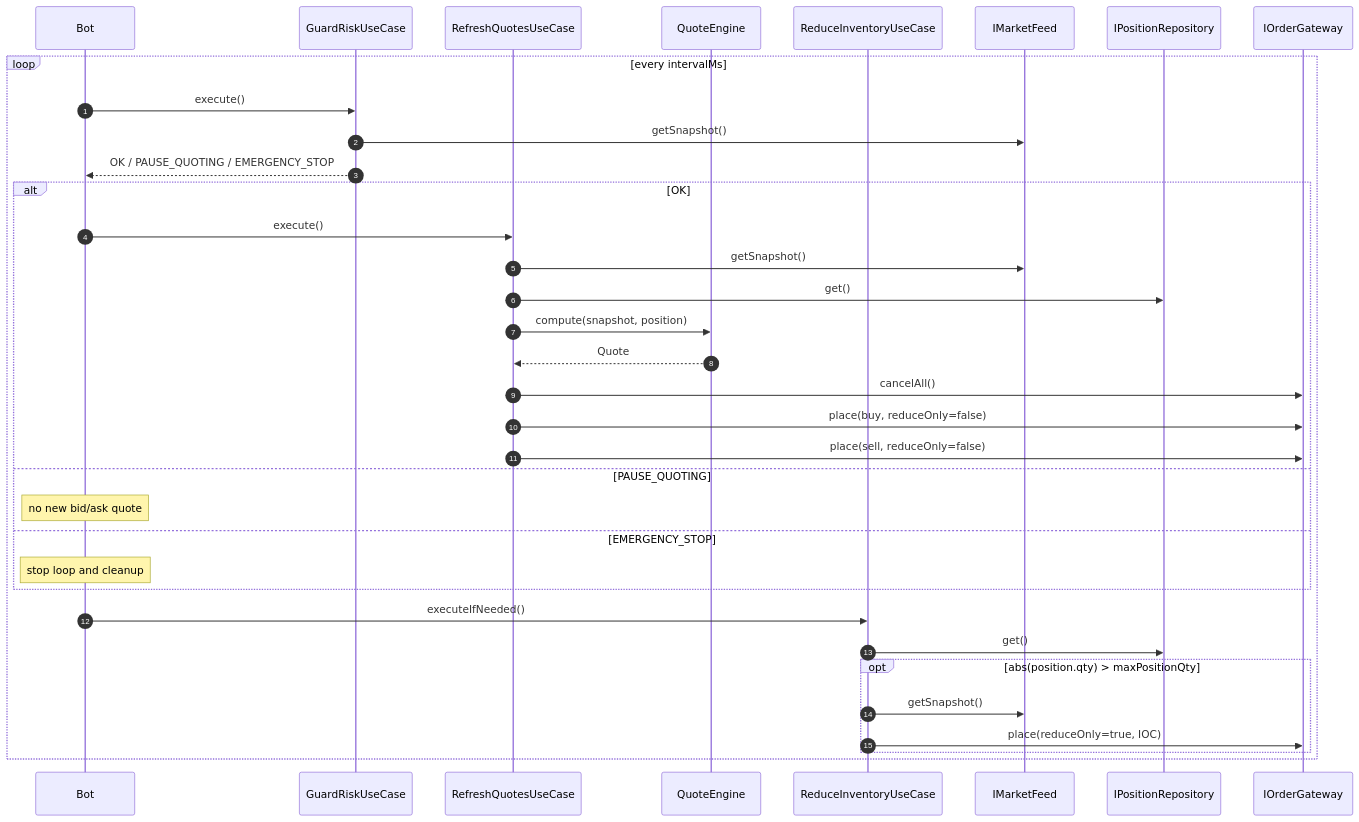
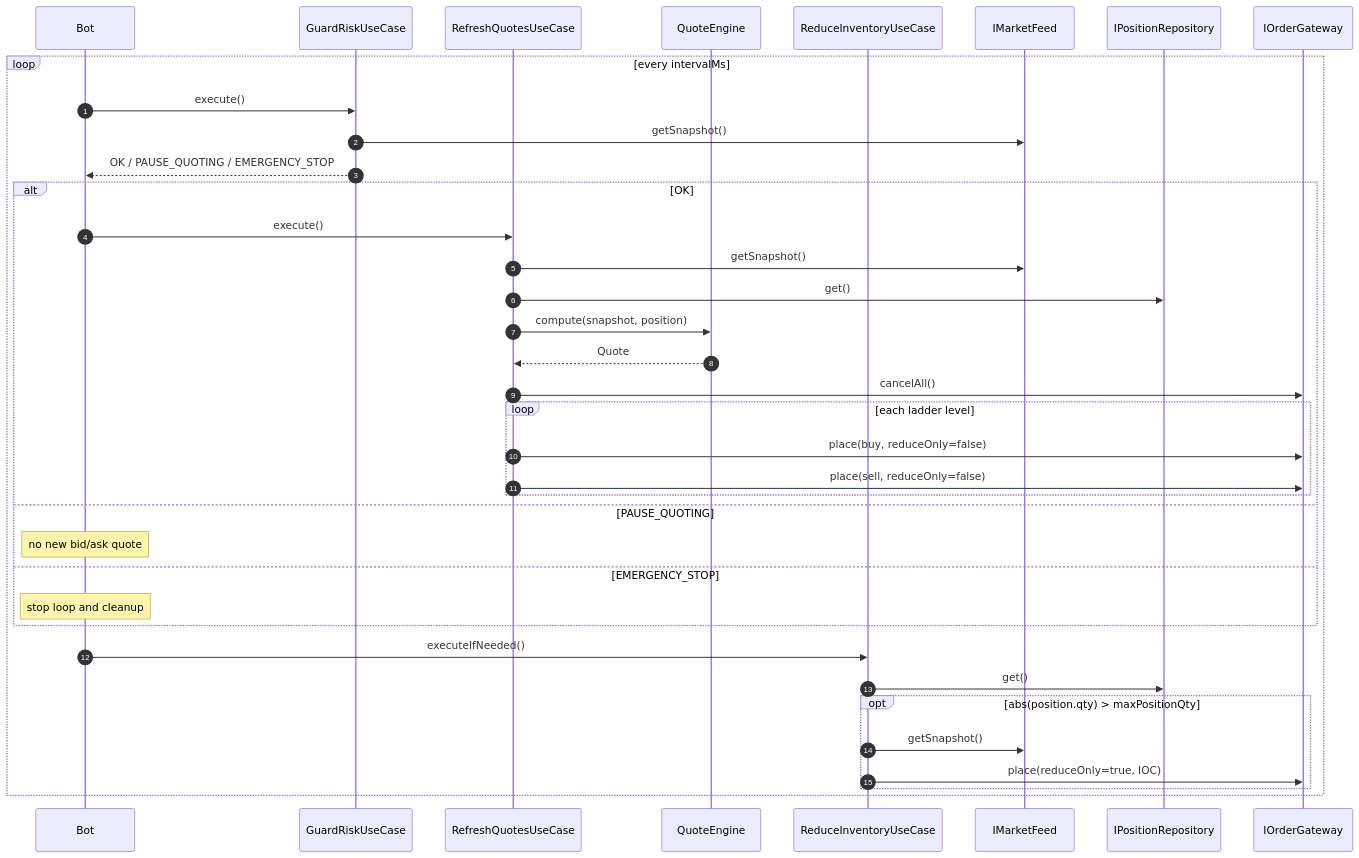
One commit to posaune0423/simple-mm-bot changed the first of 2 diagrams in docs/storategy.md. Above: the diagram before and after it, drawn with Mermaid. The commit also changed other lines of this file and 46 other files, not shown here.

````diff
--- a/docs/storategy.md
+++ b/docs/storategy.md
@@ -22,40 +22,42 @@
 ```mermaid
 sequenceDiagram
     autonumber
     participant Bot
     participant Guard as GuardRiskUseCase
     participant Refresh as RefreshQuotesUseCase
     participant QE as QuoteEngine
     participant Reduce as ReduceInventoryUseCase
     participant Feed as IMarketFeed
     participant Pos as IPositionRepository
     participant GW as IOrderGateway
 
     loop every intervalMs
         Bot->>Guard: execute()
         Guard->>Feed: getSnapshot()
         Guard-->>Bot: OK / PAUSE_QUOTING / EMERGENCY_STOP
 
         alt OK
             Bot->>Refresh: execute()
             Refresh->>Feed: getSnapshot()
             Refresh->>Pos: get()
             Refresh->>QE: compute(snapshot, position)
             QE-->>Refresh: Quote
             Refresh->>GW: cancelAll()
-            Refresh->>GW: place(buy, reduceOnly=false)
-            Refresh->>GW: place(sell, reduceOnly=false)
+            loop each ladder level
+                Refresh->>GW: place(buy, reduceOnly=false)
+                Refresh->>GW: place(sell, reduceOnly=false)
+            end
         else PAUSE_QUOTING
             Note over Bot: no new bid/ask quote
         else EMERGENCY_STOP
             Note over Bot: stop loop and cleanup
         end
 
         Bot->>Reduce: executeIfNeeded()
         Reduce->>Pos: get()
         opt abs(position.qty) > maxPositionQty
             Reduce->>Feed: getSnapshot()
             Reduce->>GW: place(reduceOnly=true, IOC)
         end
     end
 ```
````
